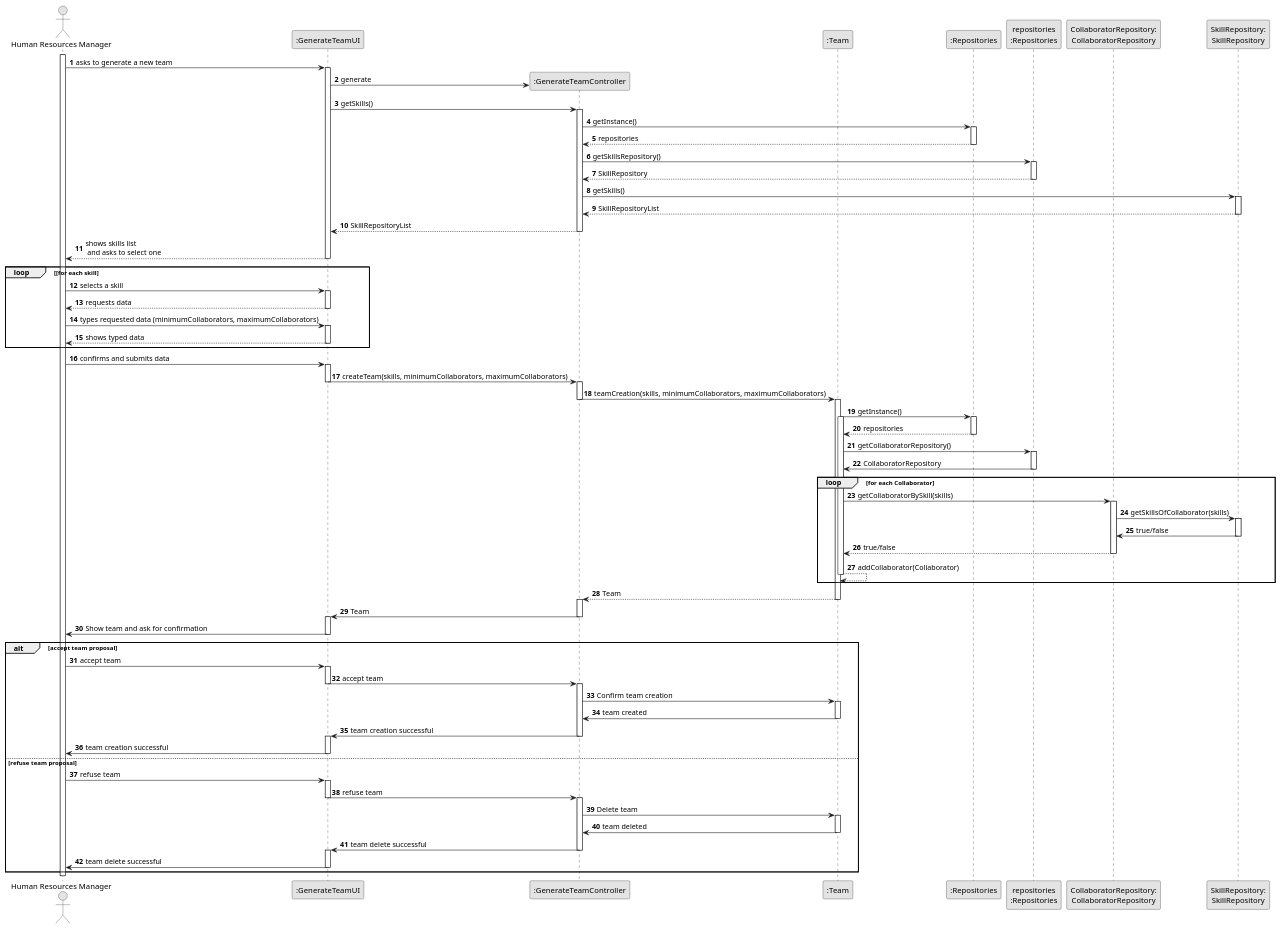
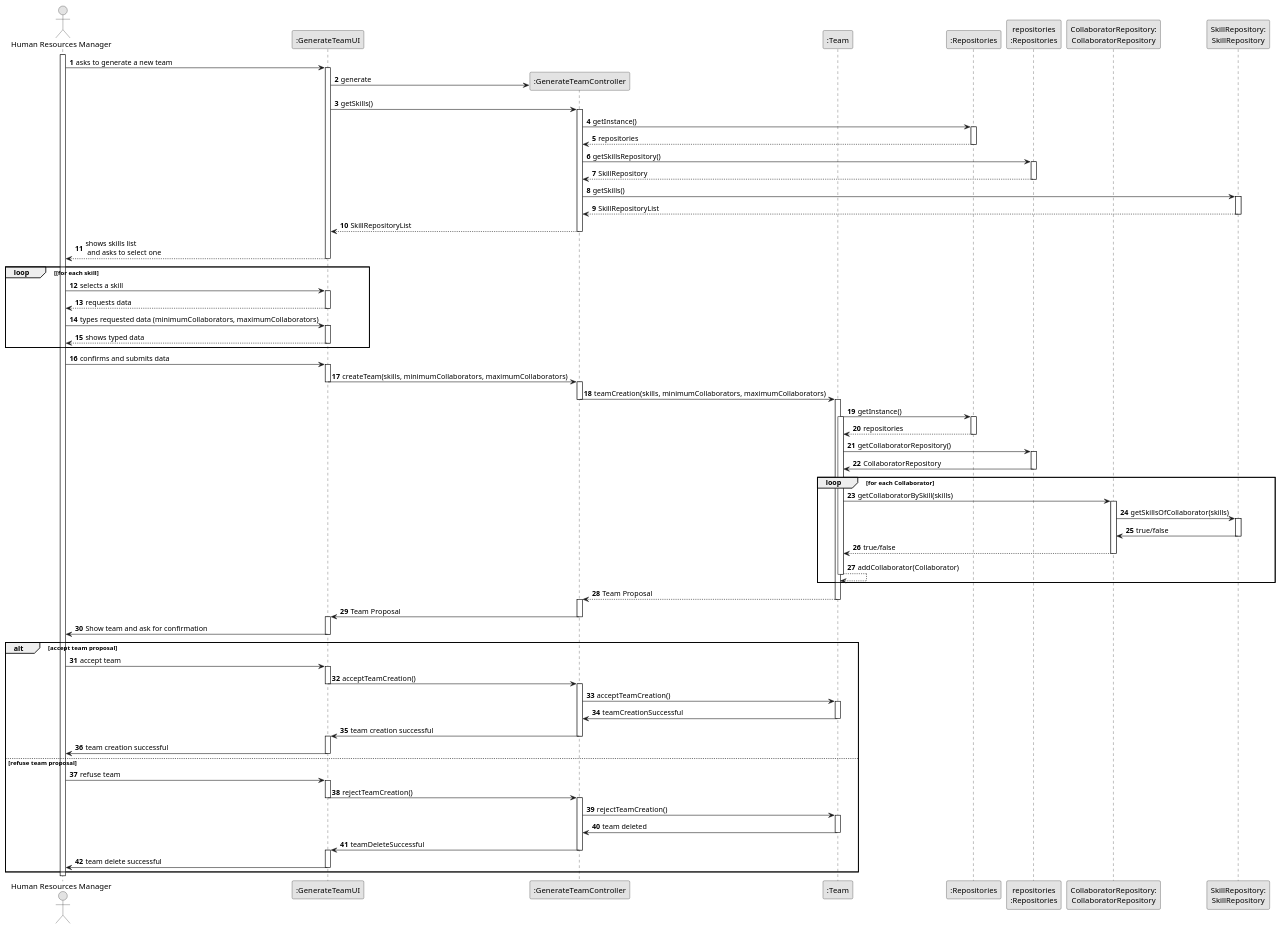
The diagram in docs/sprintB/us005/03.design/puml/us005-sequence-diagram-full.puml (SAEmanuel/Green_Spaces_Management_ISEP), drawn with PlantUML before and after one commit. The commit also changed 4 other files, not shown here.

```diff
--- a/docs/sprintB/us005/03.design/puml/us005-sequence-diagram-full.puml
+++ b/docs/sprintB/us005/03.design/puml/us005-sequence-diagram-full.puml
@@ -1,175 +1,177 @@
 @startuml
 skinparam monochrome true
 skinparam packageStyle rectangle
 skinparam shadowing false
 
 autonumber
 
 'hide footbox
 actor "Human Resources Manager" as HRM
 participant ":GenerateTeamUI" as UI
 participant ":GenerateTeamController" as CTRL
 participant ":Team" as Team
 participant ":Repositories" as RepositorySingleton
 participant "repositories\n:Repositories" as PLAT
 participant "CollaboratorRepository:\nCollaboratorRepository" as CollaboratorRepository
 participant "SkillRepository:\nSkillRepository" as SkillRepository
 
 
 activate HRM
 
         HRM -> UI : asks to generate a new team
 
         activate UI
 
 '            UI --> ADM : requests data (reference, description,  informal \n description, technical description, duration, cost)
             'create CTRL
             UI -> CTRL** : generate
 
             UI -> CTRL : getSkills()
             activate CTRL
 
                 CTRL -> RepositorySingleton : getInstance()
                 activate RepositorySingleton
 
                     RepositorySingleton --> CTRL: repositories
                 deactivate RepositorySingleton
 
                 CTRL -> PLAT : getSkillsRepository()
                 activate PLAT
 
                     PLAT --> CTRL: SkillRepository
                 deactivate PLAT
 
                 CTRL -> SkillRepository : getSkills()
                 activate SkillRepository
 
                     SkillRepository --> CTRL : SkillRepositoryList
                 deactivate SkillRepository
 
                 CTRL --> UI : SkillRepositoryList
             deactivate CTRL
 
             UI --> HRM : shows skills list\n and asks to select one
         deactivate UI
 
     loop [for each skill
         HRM -> UI : selects a skill
         activate UI
 
             UI --> HRM : requests data
         deactivate UI
 
         HRM -> UI : types requested data (minimumCollaborators, maximumCollaborators)
         activate UI
 
             UI --> HRM : shows typed data
         deactivate UI
 
     end
 
 
     HRM -> UI : confirms and submits data
     activate UI
 
         UI -> CTRL : createTeam(skills, minimumCollaborators, maximumCollaborators)
         deactivate UI
 
         activate CTRL
 
             CTRL -> Team : teamCreation(skills, minimumCollaborators, maximumCollaborators)
         deactivate CTRL
 
         activate Team
 
+
                 Team -> RepositorySingleton : getInstance()
                 activate Team
 
                     activate RepositorySingleton
 
                         RepositorySingleton --> Team: repositories
                     deactivate RepositorySingleton
 
                     Team -> PLAT : getCollaboratorRepository()
                     activate PLAT
 
                         PLAT -> Team : CollaboratorRepository
                     deactivate PLAT
 
                     loop for each Collaborator
                         Team -> CollaboratorRepository : getCollaboratorBySkill(skills)
                         activate CollaboratorRepository
 
                             CollaboratorRepository -> SkillRepository : getSkillsOfCollaborator(skills)
                             activate SkillRepository
 
                                 SkillRepository -> CollaboratorRepository : true/false
                             deactivate SkillRepository
 
                             CollaboratorRepository --> Team : true/false
                         deactivate CollaboratorRepository
                         Team --> Team : addCollaborator(Collaborator)
                     deactivate Team
                     end
 
-                    Team --> CTRL : Team
+
+                    Team --> CTRL : Team Proposal
             deactivate Team
 
 
         activate CTRL
 
 
-            CTRL -> UI : Team
+            CTRL -> UI : Team Proposal
             deactivate CTRL
 
         activate UI
 
             UI -> HRM: Show team and ask for confirmation
             deactivate UI
             alt accept team proposal
 
 
                 HRM -> UI : accept team
                 activate UI
 
-                UI -> CTRL : accept team
+                UI -> CTRL : acceptTeamCreation()
                 deactivate UI
                 activate CTRL
 
-                CTRL -> Team : Confirm team creation
+                CTRL -> Team : acceptTeamCreation()
                 activate Team
 
-                Team -> CTRL : team created
+                Team -> CTRL : teamCreationSuccessful
                 deactivate Team
                 CTRL -> UI : team creation successful
                 deactivate CTRL
                 activate UI
 
                 UI -> HRM : team creation successful
                 deactivate UI
             else refuse team proposal
                HRM -> UI : refuse team
                activate UI
 
-               UI -> CTRL : refuse team
+               UI -> CTRL : rejectTeamCreation()
                deactivate UI
 
                activate CTRL
 
-               CTRL -> Team : Delete team
+               CTRL -> Team : rejectTeamCreation()
                activate Team
 
                Team -> CTRL : team deleted
                deactivate Team
-               CTRL -> UI : team delete successful
+               CTRL -> UI : teamDeleteSuccessful
                deactivate CTRL
                activate UI
 
                UI -> HRM : team delete successful
                deactivate UI
             end
     deactivate UI
 
 deactivate HRM
 
 @enduml
```
